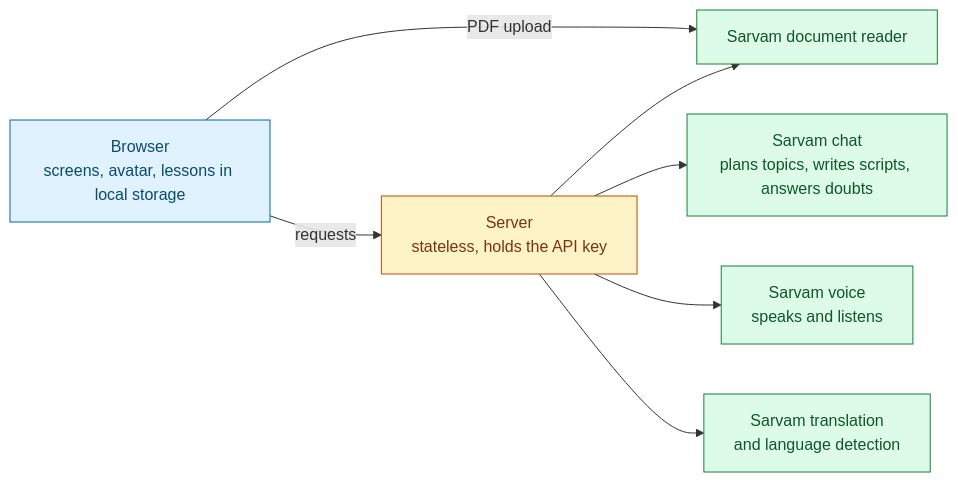
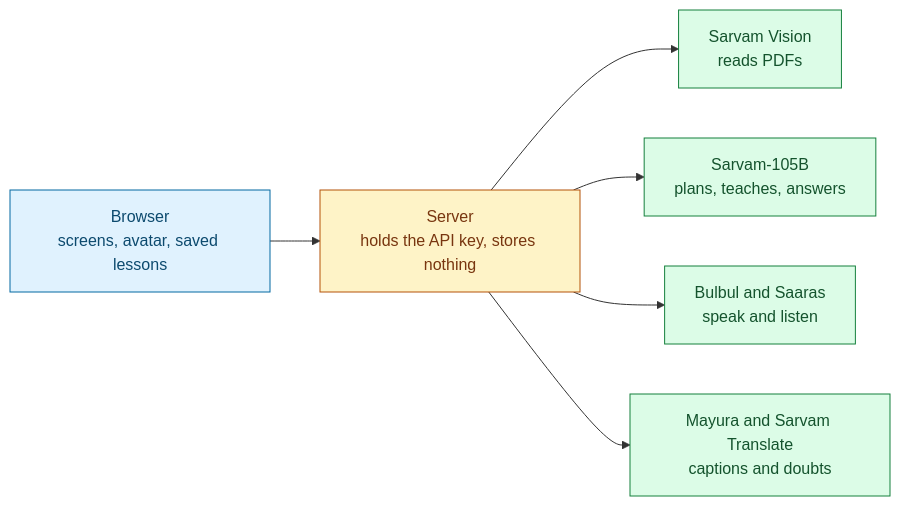
Before and after one commit to 10doshi12/sarvam-ai-tutor: the second of 2 diagrams in README.md, drawn with Mermaid. The commit also changed other lines of this file, not shown here.

````diff
--- a/README.md
+++ b/README.md
@@ -74,24 +125,23 @@
 ```mermaid
 flowchart LR
-    B["Browser<br/>screens, avatar, lessons in local storage"]
-    S["Server<br/>stateless, holds the API key"]
-    R["Sarvam document reader"]
-    C["Sarvam chat<br/>plans topics, writes scripts, answers doubts"]
-    V["Sarvam voice<br/>speaks and listens"]
-    T["Sarvam translation<br/>and language detection"]
+    B["Browser<br/>screens, avatar, saved lessons"]
+    S["Server<br/>holds the API key, stores nothing"]
+    R["Sarvam Vision<br/>reads PDFs"]
+    C["Sarvam-105B<br/>plans, teaches, answers"]
+    V["Bulbul and Saaras<br/>speak and listen"]
+    T["Mayura and Sarvam Translate<br/>captions and doubts"]
 
-    B -- "PDF upload" --> R
-    B -- "requests" --> S
+    B --> S
     S --> R
     S --> C
     S --> V
     S --> T
 
     classDef browser fill:#e0f2fe,stroke:#0369a1,color:#0c4a6e
     classDef server fill:#fef3c7,stroke:#b45309,color:#78350f
     classDef sarvam fill:#dcfce7,stroke:#15803d,color:#14532d
 
     class B browser
     class S server
     class R,C,V,T sarvam
 ```
````
